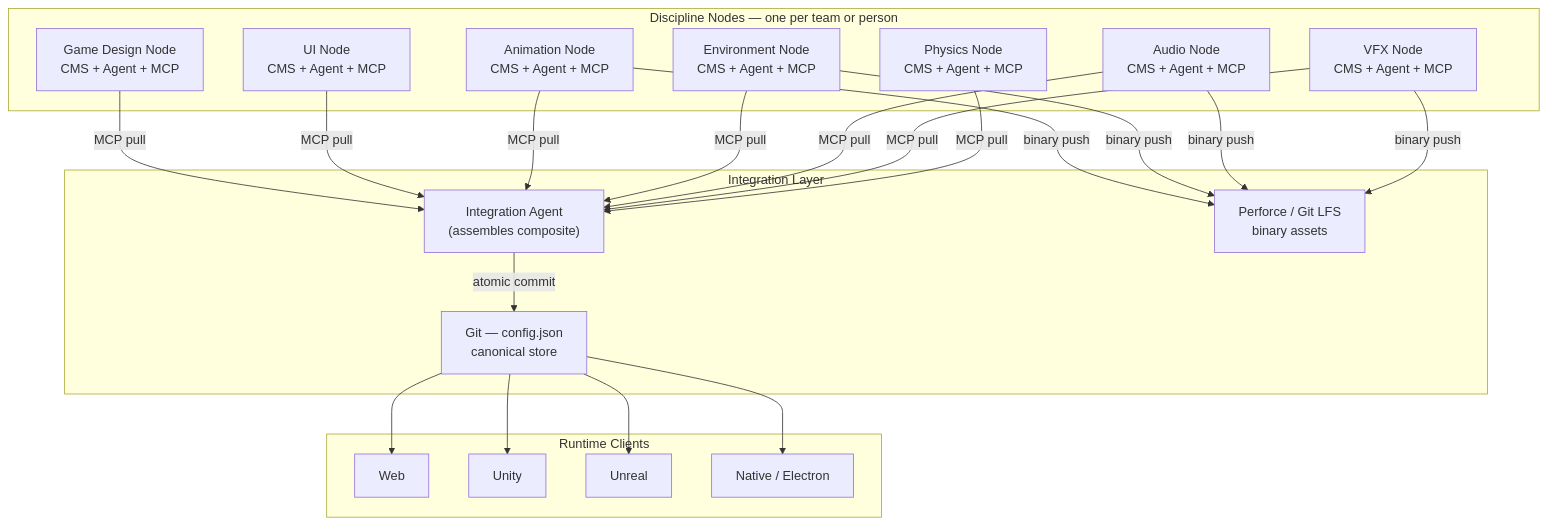
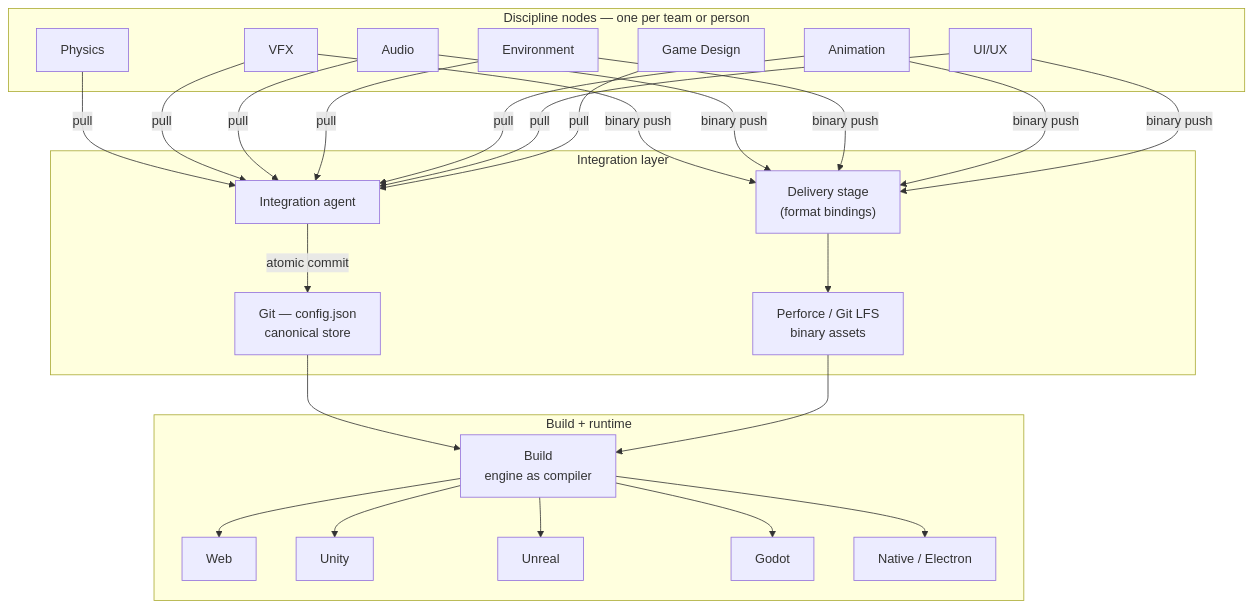
Before and after one commit to themagickingsman/optical-illusion: the second of 3 diagrams in Federated_Pipeline_Agent_Blueprint_04.md, drawn with Mermaid. The commit also changed other lines of this file, not shown here.

````diff
--- a/Federated_Pipeline_Agent_Blueprint_04.md
+++ b/Federated_Pipeline_Agent_Blueprint_04.md
@@ -108,30 +252,35 @@
 ```mermaid
 graph TD
-    subgraph "Discipline Nodes — one per team or person"
-        N1["Physics Node\nCMS + Agent + MCP"]
-        N2["VFX Node\nCMS + Agent + MCP"]
-        N3["Audio Node\nCMS + Agent + MCP"]
-        N4["Environment Node\nCMS + Agent + MCP"]
-        N5["Animation Node\nCMS + Agent + MCP"]
-        N6["UI Node\nCMS + Agent + MCP"]
-        N7["Game Design Node\nCMS + Agent + MCP"]
+    subgraph Nodes["Discipline nodes — one per team or person"]
+        N1["Physics"]
+        N2["VFX"]
+        N3["Audio"]
+        N4["Environment"]
+        N5["Animation"]
+        N6["UI/UX"]
+        N7["Game Design"]
     end
 
-    subgraph "Integration Layer"
-        IA["Integration Agent\n(assembles composite)"]
-        GIT["Git — config.json\ncanonical store"]
-        P4["Perforce / Git LFS\nbinary assets"]
+    subgraph IntegrationLayer["Integration layer"]
+        IA["Integration agent"]
+        DS["Delivery stage<br/>(format bindings)"]
+        GIT["Git — config.json<br/>canonical store"]
+        P4["Perforce / Git LFS<br/>binary assets"]
     end
 
-    subgraph "Runtime Clients"
+    subgraph BuildRuntime["Build + runtime"]
+        BLD["Build<br/>engine as compiler"]
         WEB["Web"]
         UNITY["Unity"]
         UNREAL["Unreal"]
+        GODOT["Godot"]
         NATIVE["Native / Electron"]
     end
 
-    N1 & N2 & N3 & N4 & N5 & N6 & N7 -->|MCP pull| IA
-    N2 & N3 & N4 & N5 -->|binary push| P4
+    N1 & N2 & N3 & N4 & N5 & N6 & N7 -->|pull| IA
+    N2 & N3 & N4 & N5 & N6 -->|binary push| DS --> P4
     IA -->|atomic commit| GIT
-    GIT --> WEB & UNITY & UNREAL & NATIVE
+    GIT --> BLD
+    P4 --> BLD
+    BLD --> WEB & UNITY & UNREAL & GODOT & NATIVE
 ```
````
